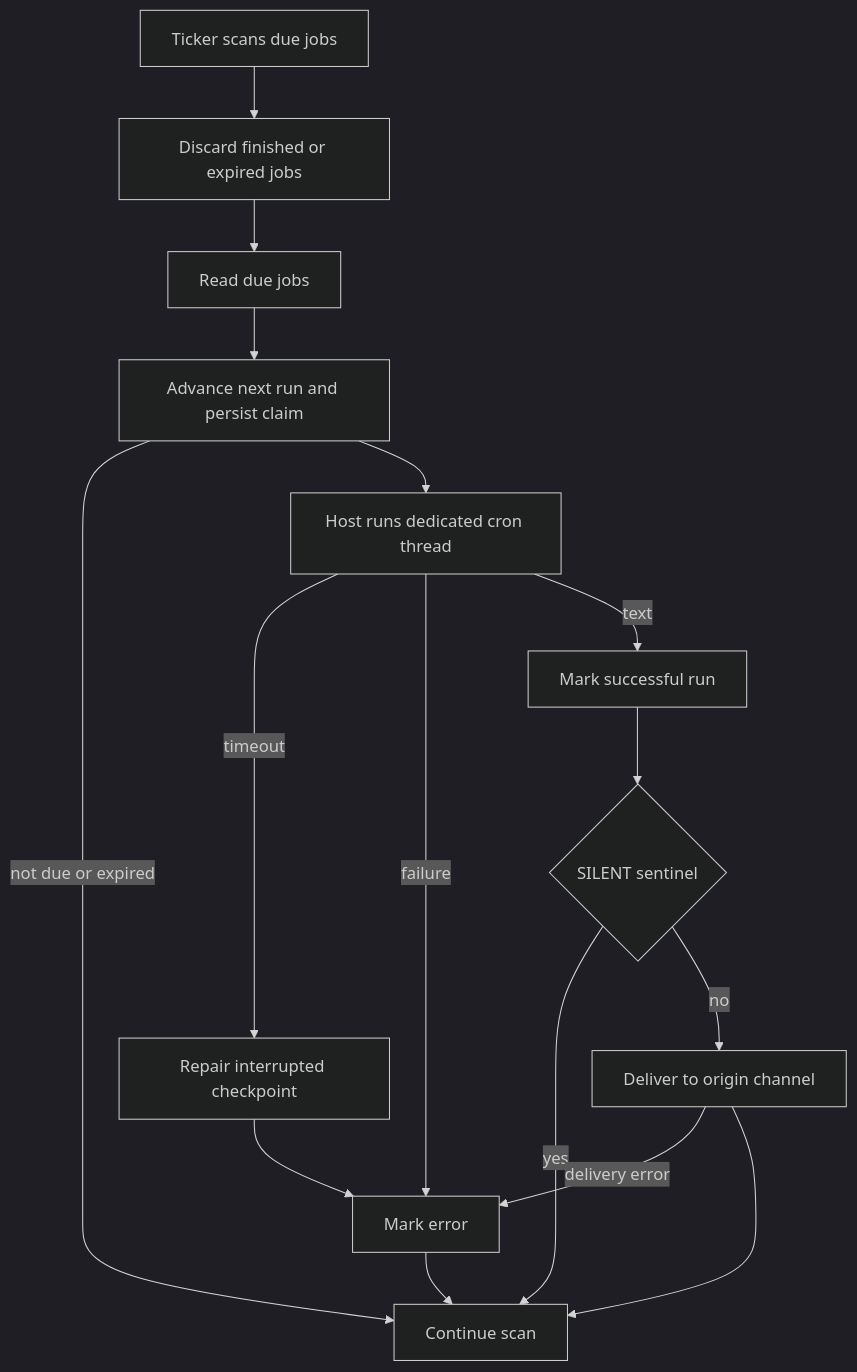
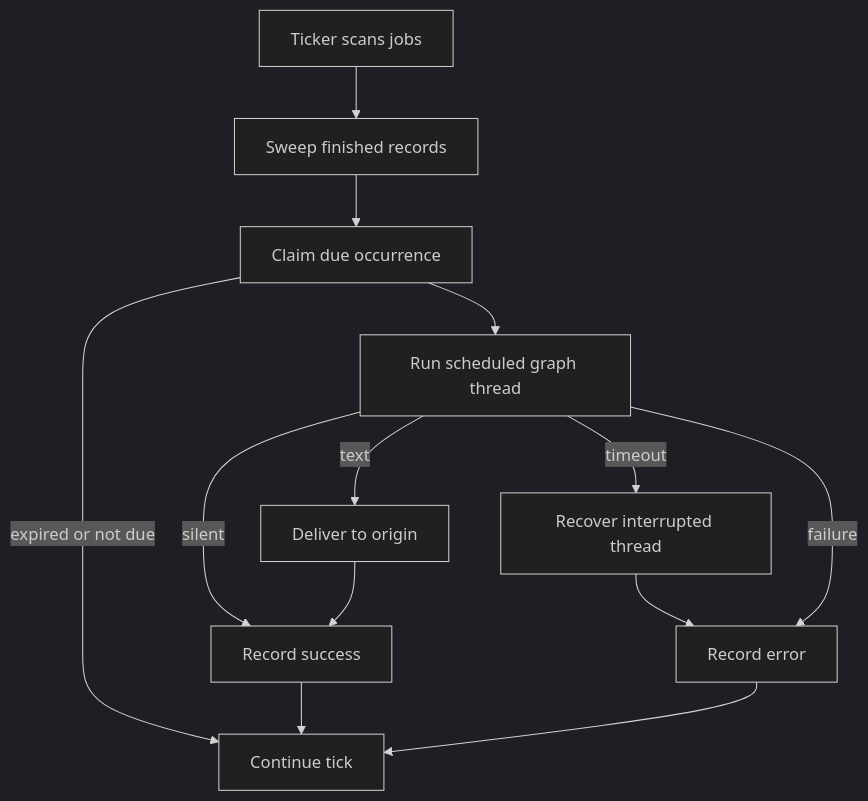
One commit to langchain-ai/deepagents changed the second of 2 diagrams in openwiki/architecture/runtime-behavior.md. Above: the diagram before and after it, drawn with Mermaid (dark theme). The commit also changed other lines of this file and 28 other files, not shown here.

````diff
--- a/openwiki/architecture/runtime-behavior.md
+++ b/openwiki/architecture/runtime-behavior.md
@@ -103,18 +121,15 @@
 ```mermaid
 flowchart TD
-    Scan["Ticker scans due jobs"] --> Sweep["Discard finished or expired jobs"]
-    Sweep --> Due["Read due jobs"]
-    Due --> Claim["Advance next run and persist claim"]
-    Claim -->|"not due or expired"| Next["Continue scan"]
-    Claim --> Run["Host runs dedicated cron thread"]
-    Run -->|"timeout"| Repair["Repair interrupted checkpoint"]
-    Repair --> Error["Mark error"]
+    Scan["Ticker scans jobs"] --> Sweep["Sweep finished records"]
+    Sweep --> Claim["Claim due occurrence"]
+    Claim -->|"expired or not due"| Next["Continue tick"]
+    Claim --> Run["Run scheduled graph thread"]
+    Run -->|"timeout"| Repair["Recover interrupted thread"]
+    Repair --> Error["Record error"]
     Run -->|"failure"| Error
-    Run -->|"text"| MarkOK["Mark successful run"]
-    MarkOK --> Silent{"SILENT sentinel"}
-    Silent -->|"yes"| Next
-    Silent -->|"no"| Deliver["Deliver to origin channel"]
-    Deliver -->|"delivery error"| Error
-    Deliver --> Next
+    Run -->|"silent"| Success["Record success"]
+    Run -->|"text"| Deliver["Deliver to origin"]
+    Deliver --> Success
+    Success --> Next
     Error --> Next
 ```
````
